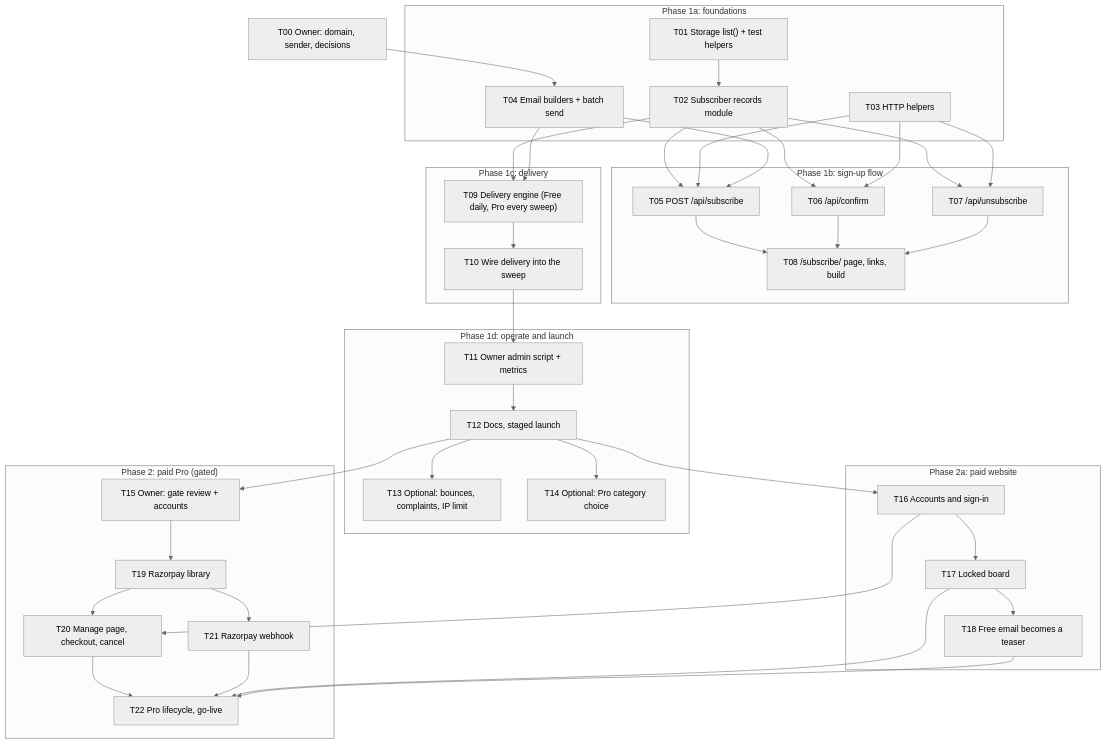
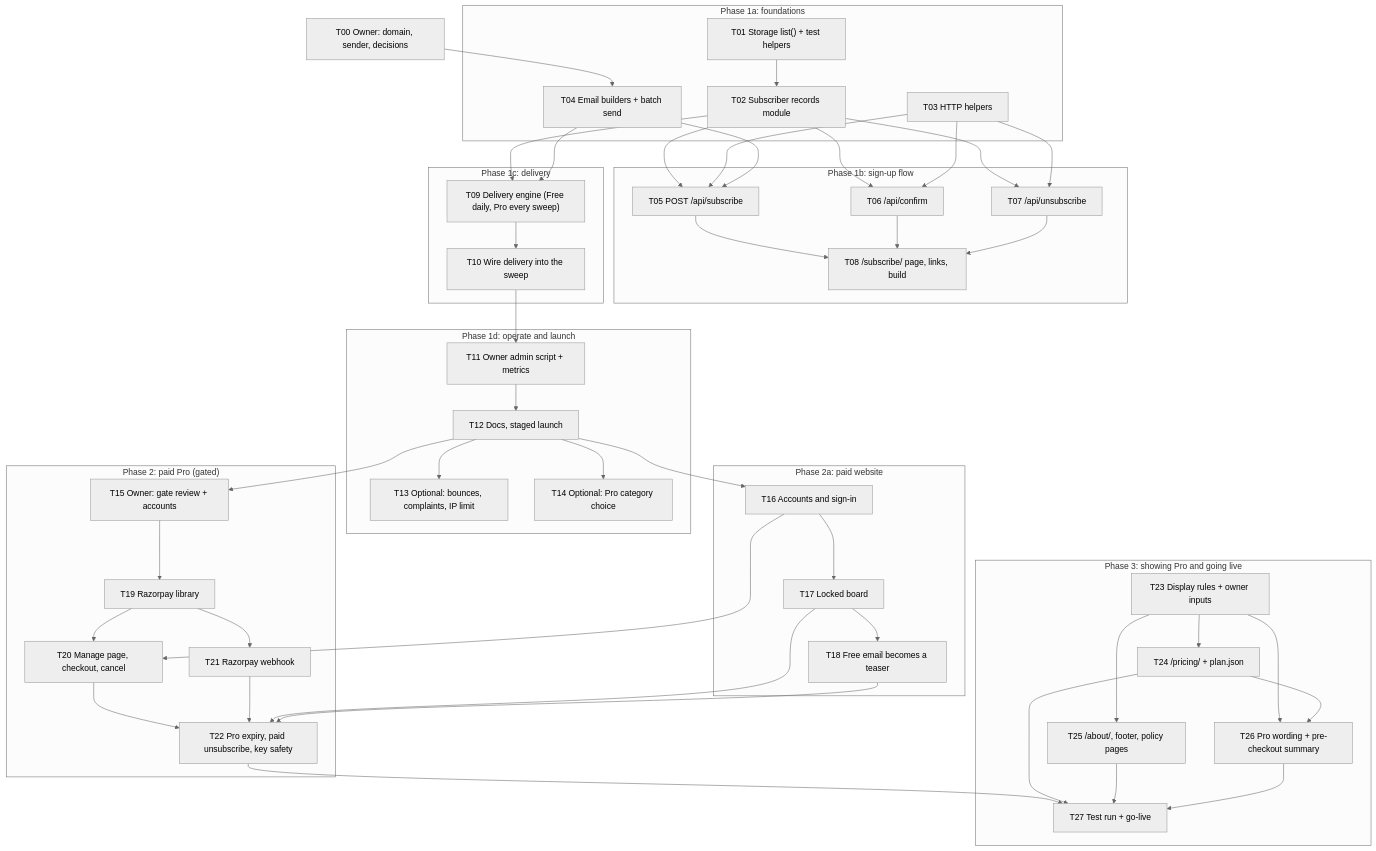
The diagram in docs/subscriptions/tasks/README.md (bhawnamanglapm/travel-problem-radar-case-study), drawn with Mermaid (neutral theme) before and after one commit. The commit also changed other lines of this file and 8 other files, not shown here.

First line of the commit message:
Docs: tasks T23-T27 for showing Pro transparently and Razorpay go-live

````diff
--- a/docs/subscriptions/tasks/README.md
+++ b/docs/subscriptions/tasks/README.md
@@ -32,52 +33,62 @@
 ```mermaid
 flowchart TD
   T00["T00 Owner: domain, sender, decisions"]
   subgraph P1A["Phase 1a: foundations"]
     T01["T01 Storage list() + test helpers"]
     T02["T02 Subscriber records module"]
     T03["T03 HTTP helpers"]
     T04["T04 Email builders + batch send"]
   end
   subgraph P1B["Phase 1b: sign-up flow"]
     T05["T05 POST /api/subscribe"]
     T06["T06 /api/confirm"]
     T07["T07 /api/unsubscribe"]
     T08["T08 /subscribe/ page, links, build"]
   end
   subgraph P1C["Phase 1c: delivery"]
     T09["T09 Delivery engine (Free daily, Pro every sweep)"]
     T10["T10 Wire delivery into the sweep"]
   end
   subgraph P1D["Phase 1d: operate and launch"]
     T11["T11 Owner admin script + metrics"]
     T12["T12 Docs, staged launch"]
     T13["T13 Optional: bounces, complaints, IP limit"]
     T14["T14 Optional: Pro category choice"]
   end
   subgraph P2A["Phase 2a: paid website"]
     T16["T16 Accounts and sign-in"]
     T17["T17 Locked board"]
     T18["T18 Free email becomes a teaser"]
   end
   subgraph P2["Phase 2: paid Pro (gated)"]
     T15["T15 Owner: gate review + accounts"]
     T19["T19 Razorpay library"]
     T20["T20 Manage page, checkout, cancel"]
     T21["T21 Razorpay webhook"]
-    T22["T22 Pro lifecycle, go-live"]
+    T22["T22 Pro expiry, paid unsubscribe, key safety"]
+  end
+  subgraph P3["Phase 3: showing Pro and going live"]
+    T23["T23 Display rules + owner inputs"]
+    T24["T24 /pricing/ + plan.json"]
+    T25["T25 /about/, footer, policy pages"]
+    T26["T26 Pro wording + pre-checkout summary"]
+    T27["T27 Test run + go-live"]
   end
   T00 --> T04
   T01 --> T02
   T02 --> T05 & T06 & T07 & T09
   T03 --> T05 & T06 & T07
   T04 --> T05 & T09
   T05 & T06 & T07 --> T08
   T09 --> T10
   T10 --> T11 --> T12
   T12 --> T13 & T14
   T12 --> T15 --> T19 --> T20 & T21
   T20 & T21 --> T22
   T12 --> T16 --> T17 --> T18
   T16 --> T20
   T17 & T18 --> T22
+  T23 --> T24 & T25
+  T23 & T24 --> T26
+  T22 & T24 & T25 & T26 --> T27
 ```
````
